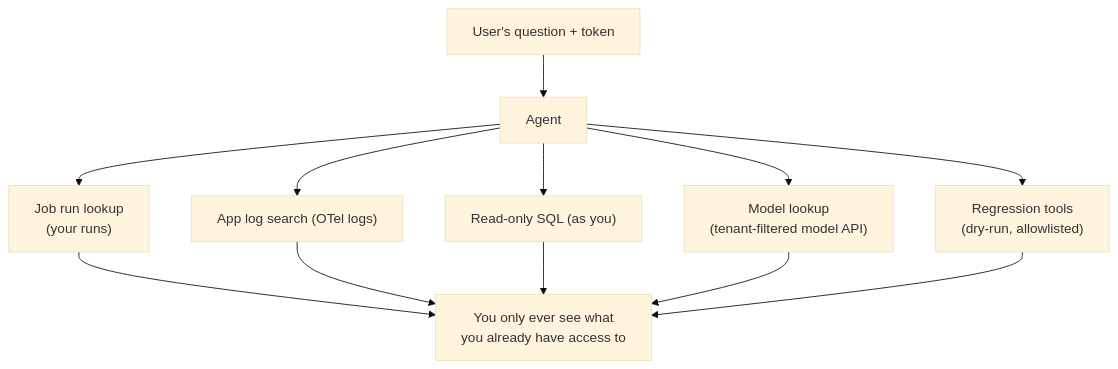
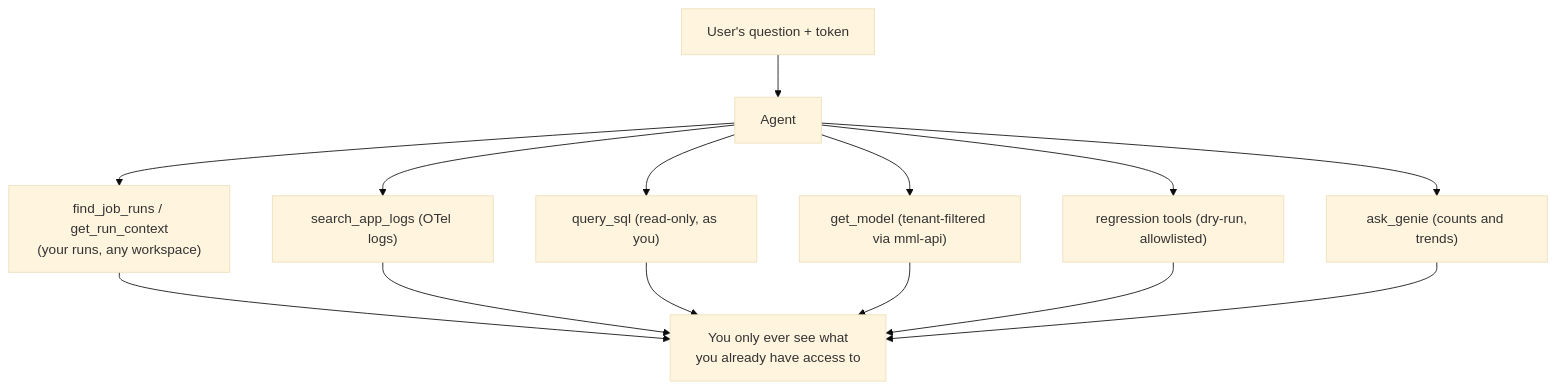
Before and after one commit to MihirUpasani/MihirUpasani.github.io: the sixth of 11 diagrams in src/content/blog/an-assistant-on-top-of-the-platform.md, drawn with Mermaid (base theme). The commit also changed other lines of this file and 2 other files, not shown here.

````diff
--- a/src/content/blog/an-assistant-on-top-of-the-platform.md
+++ b/src/content/blog/an-assistant-on-top-of-the-platform.md
@@ -136,14 +161,16 @@
 ```mermaid
 flowchart TB
     User["User's question + token"] --> Agent
-    Agent --> T1["Job run lookup<br/>(your runs)"]
-    Agent --> T2["App log search (OTel logs)"]
-    Agent --> T3["Read-only SQL (as you)"]
-    Agent --> T4["Model lookup<br/>(tenant-filtered model API)"]
-    Agent --> T5["Regression tools<br/>(dry-run, allowlisted)"]
+    Agent --> T1["find_job_runs / get_run_context<br/>(your runs, any workspace)"]
+    Agent --> T2["search_app_logs (OTel logs)"]
+    Agent --> T3["query_sql (read-only, as you)"]
+    Agent --> T4["get_model (tenant-filtered via mml-api)"]
+    Agent --> T5["regression tools (dry-run, allowlisted)"]
+    Agent --> T6["ask_genie (counts and trends)"]
     T1 --> Scope["You only ever see what<br/>you already have access to"]
     T2 --> Scope
     T3 --> Scope
     T4 --> Scope
     T5 --> Scope
+    T6 --> Scope
 ```
````
